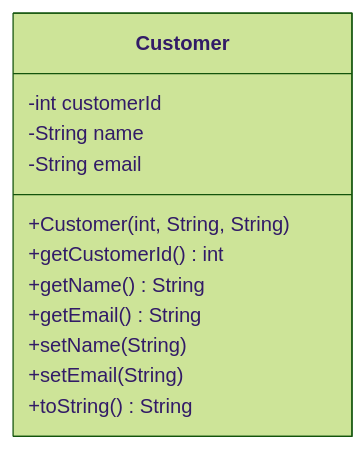
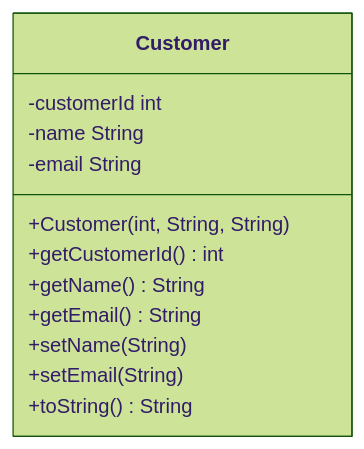
One commit to jayani-athukorala/java-oop-exercise changed the second of 5 diagrams in README.md. Above: the diagram before and after it, drawn with Mermaid (forest theme). The commit also changed other lines of this file, not shown here.

Commit message:
format uml diagrams

````diff
--- a/README.md
+++ b/README.md
@@ -42,15 +42,15 @@
 ```mermaid
 classDiagram
     class Customer {
-        -int customerId
-        -String name
-        -String email
+        -customerId int
+        -name String
+        -email String
         +Customer(int, String, String)
         +getCustomerId() int
         +getName() String
         +getEmail() String
         +setName(String)
         +setEmail(String)
         +toString() String
     }
 ```
````
